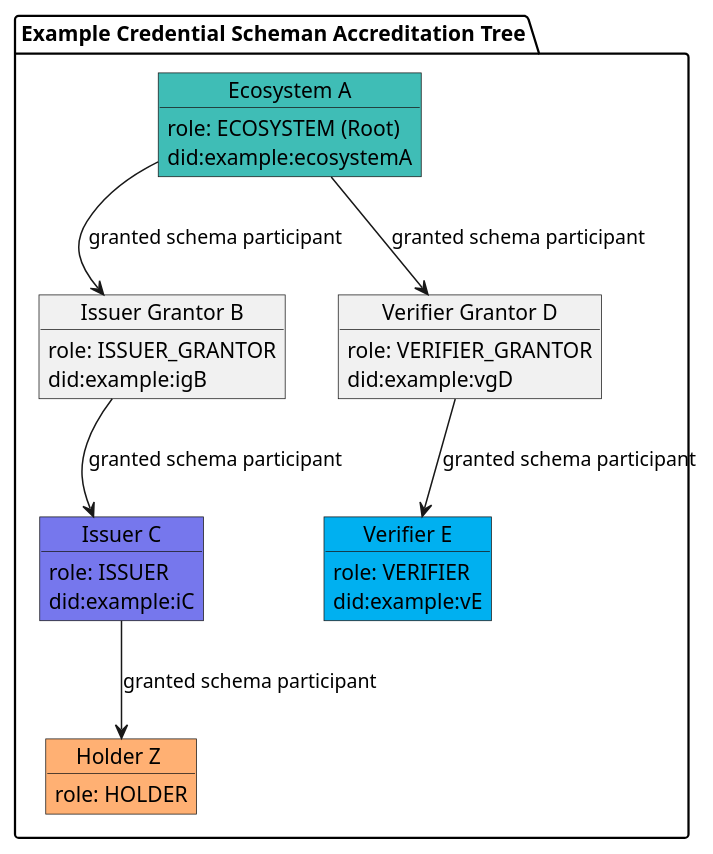
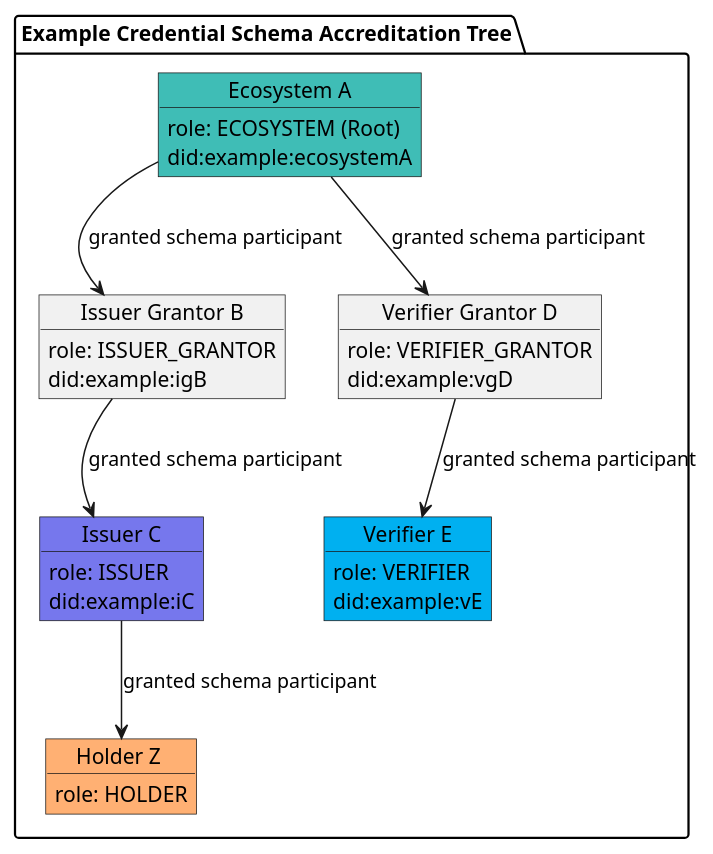
Before and after one commit to verana-labs/verifiable-trust-spec: the third of 6 diagrams in spec.md, drawn with PlantUML.

Commit message:
Grammar fix repaired: 'Schema Accreditation' and 'via OperatorAuthorization' had been damaged by the a/an replacement

````diff
--- a/spec.md
+++ b/spec.md
@@ -372,46 +372,46 @@
 ```plantuml
 
 @startuml
 scale max 800 width
  
-package "Example Credential Scheman Accreditation Tree" as cs {
+package "Example Credential Schema Accreditation Tree" as cs {
 
     object "Ecosystem A" as tr #3fbdb6 {
         role: ECOSYSTEM (Root)
         did:example:ecosystemA
     }
     object "Issuer Grantor B" as ig {
         role: ISSUER_GRANTOR
         did:example:igB
     }
     object "Issuer C" as issuer #7677ed  {
         role: ISSUER
         did:example:iC
     }
     object "Verifier Grantor D" as vg {
         role: VERIFIER_GRANTOR
         did:example:vgD
     }
     object "Verifier E" as verifier #00b0f0 {
         role: VERIFIER
         did:example:vE
     }
 
     object "Holder Z " as holder #FFB073 {
         role: HOLDER
     }
 }
 
 
 
 tr --> ig : granted schema participant
 ig --> issuer : granted schema participant
 
 tr --> vg : granted schema participant
 vg --> verifier : granted schema participant
 
 issuer --> holder: granted schema participant
 
 @enduml
 
 ```
````
